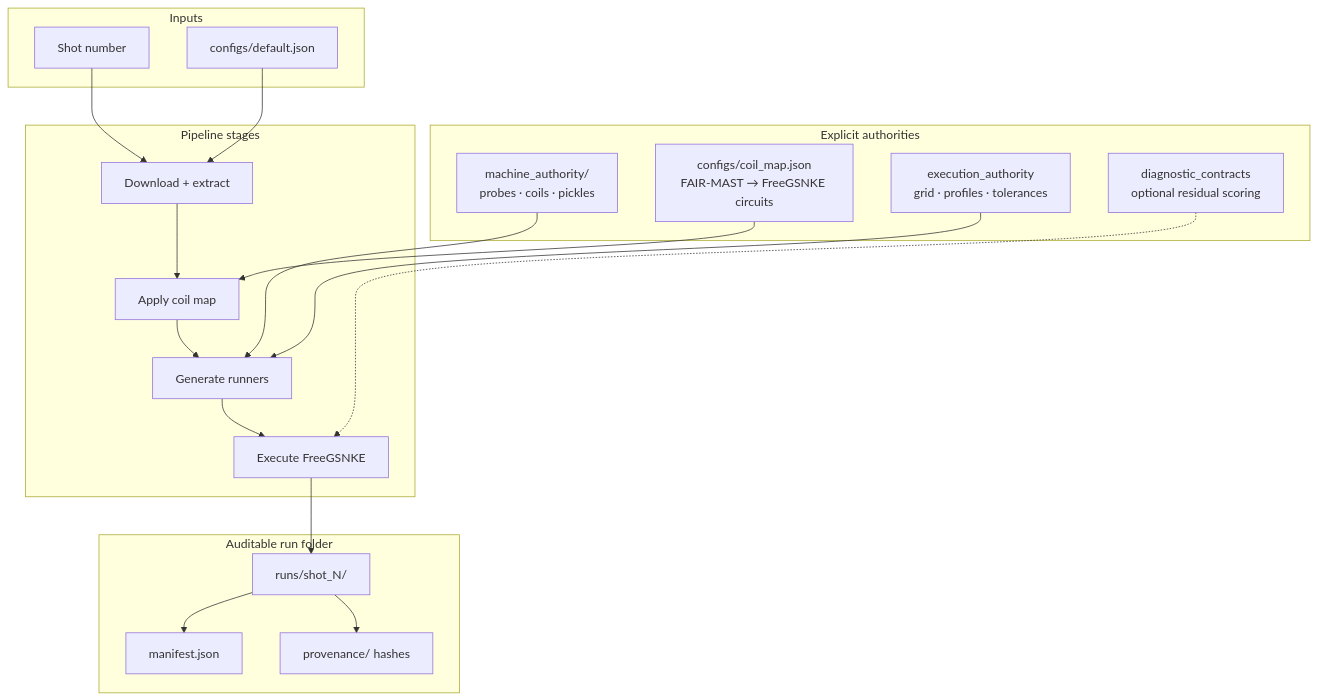
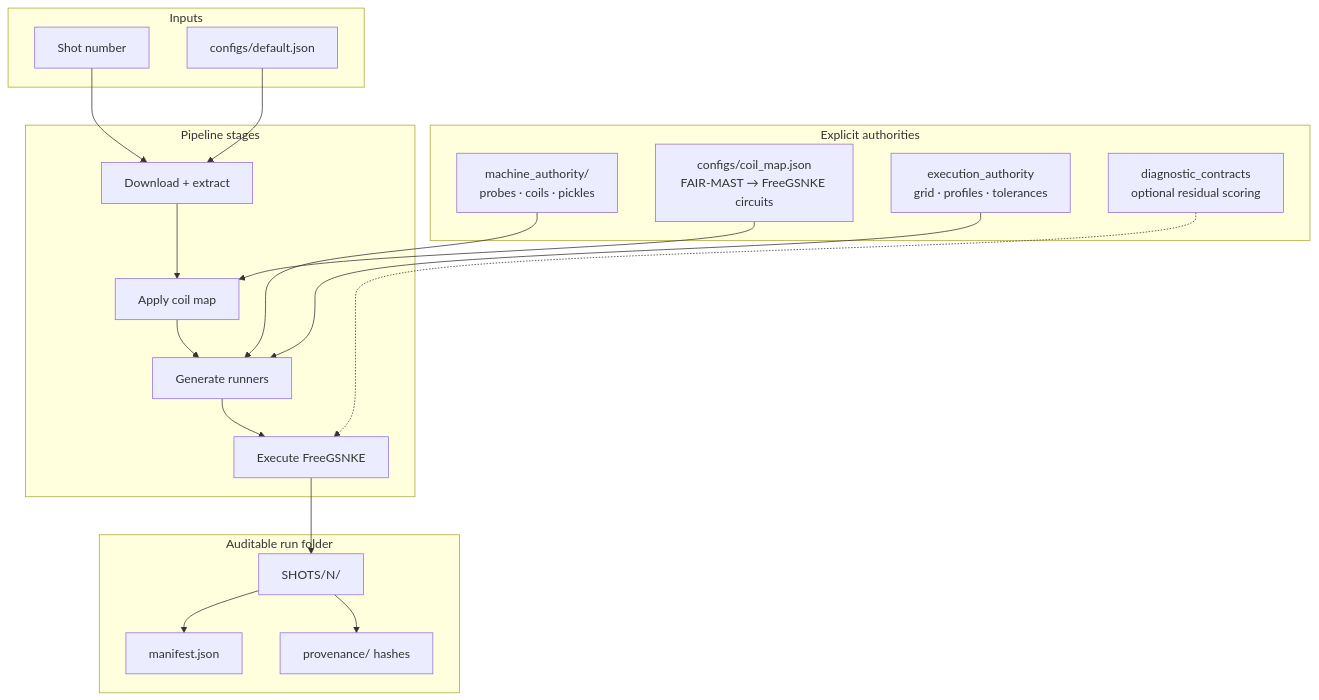
One commit to afshin-arj/Fair-MAST-to-FreeGSNKE-Conversion-tool changed the second of 3 diagrams in README.md. Above: the diagram before and after it, drawn with Mermaid. The commit also changed other lines of this file and 19 other files, not shown here.

First line of the commit message:
feat: multi-shot launcher, SHOTS/<N> outputs, and window authority fixes (v10.1.3)

````diff
--- a/README.md
+++ b/README.md
@@ -61,37 +61,37 @@
 ```mermaid
 flowchart TB
   subgraph Inputs
     S["Shot number"]
     CFG["configs/default.json"]
   end
 
   subgraph Authorities["Explicit authorities"]
     MA["machine_authority/<br/>probes · coils · pickles"]
     CM["configs/coil_map.json<br/>FAIR-MAST → FreeGSNKE circuits"]
     EA["execution_authority<br/>grid · profiles · tolerances"]
     DC["diagnostic_contracts<br/>optional residual scoring"]
   end
 
   subgraph Pipeline["Pipeline stages"]
     DL["Download + extract"]
     MAP["Apply coil map"]
     GEN["Generate runners"]
     RUN["Execute FreeGSNKE"]
   end
 
   subgraph Output["Auditable run folder"]
-    RF["runs/shot_N/"]
+    RF["SHOTS/N/"]
     MAN["manifest.json"]
     PROV["provenance/ hashes"]
   end
 
   S --> DL
   CFG --> DL
   MA --> GEN
   CM --> MAP
   DL --> MAP --> GEN --> RUN --> RF
   EA --> GEN
   DC -.-> RUN
   RF --> MAN
   RF --> PROV
 ```
````
